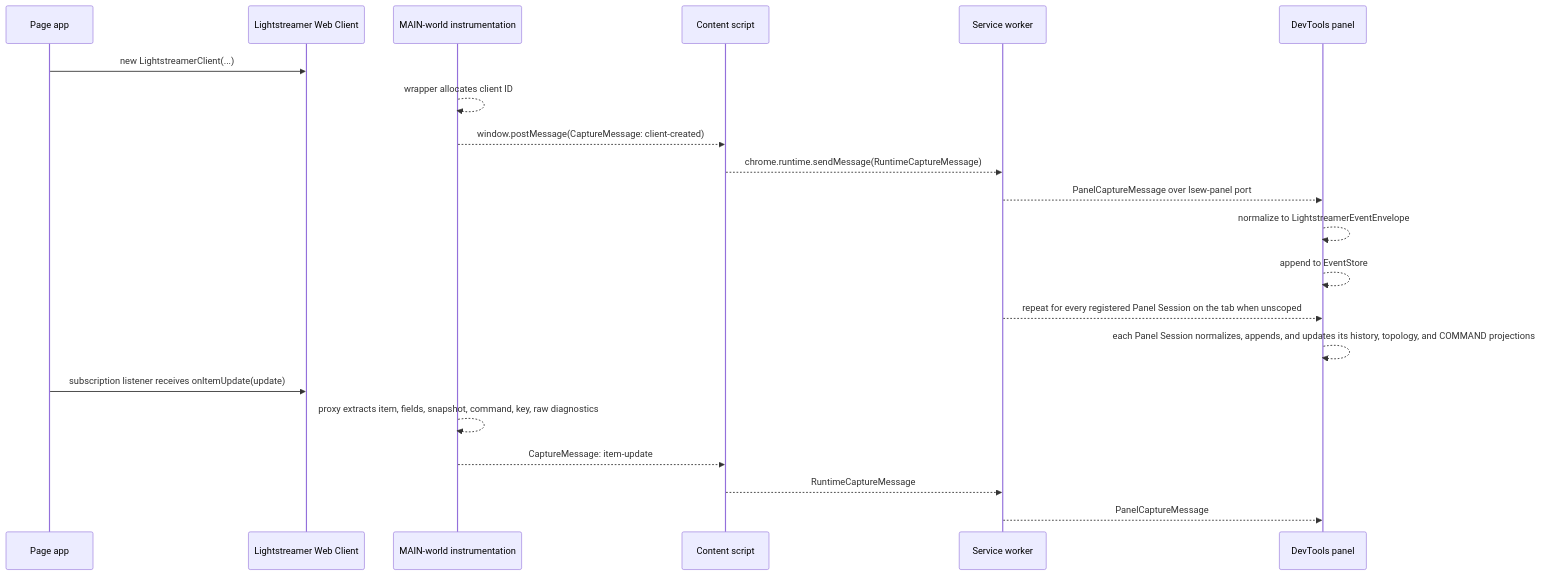
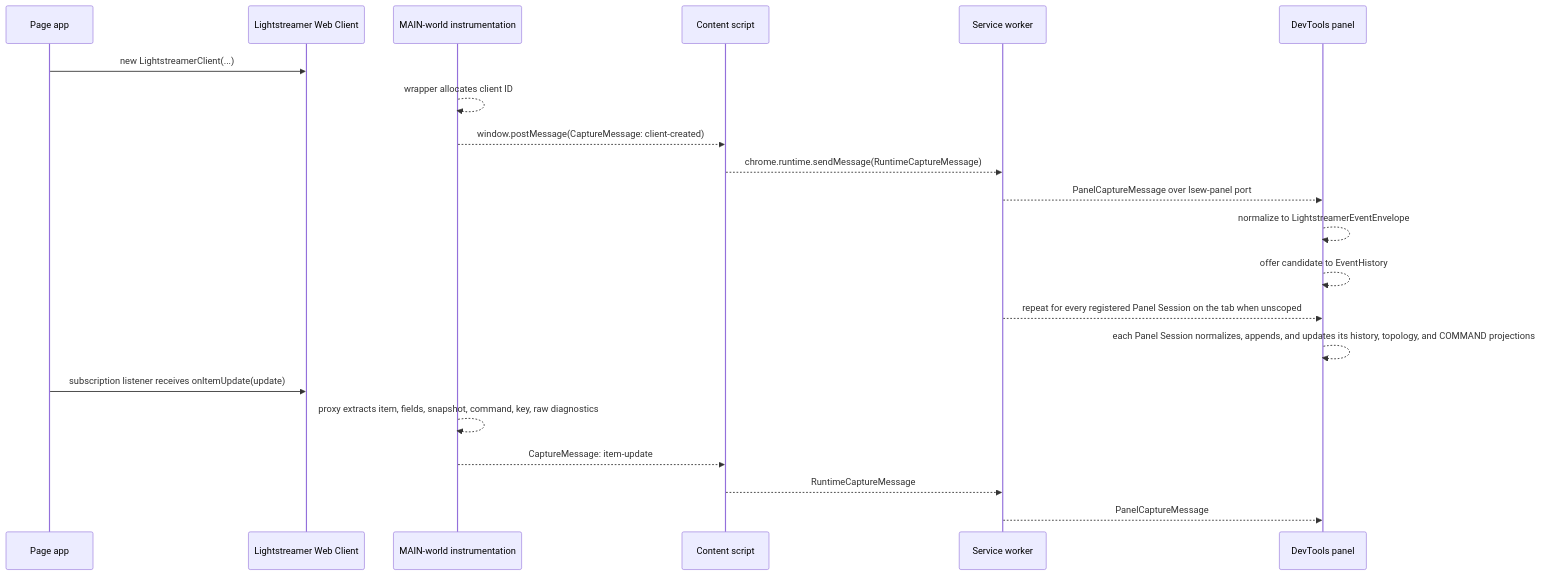
Before and after one commit to imom39a/lightstreamer-workbench-extension: the third of 7 diagrams in docs/ARCHITECTURE.md, drawn with Mermaid. The commit also changed other lines of this file and 10 other files, not shown here.

Commit message:
Contract runtime retention around EventHistory status

````diff
--- a/docs/ARCHITECTURE.md
+++ b/docs/ARCHITECTURE.md
@@ -269,25 +269,25 @@
 ```mermaid
 sequenceDiagram
   participant App as Page app
   participant LS as Lightstreamer Web Client
   participant Inj as MAIN-world instrumentation
   participant CS as Content script
   participant BG as Service worker
   participant UI as DevTools panel
 
   App->>LS: new LightstreamerClient(...)
   Inj-->>Inj: wrapper allocates client ID
   Inj-->>CS: window.postMessage(CaptureMessage: client-created)
   CS-->>BG: chrome.runtime.sendMessage(RuntimeCaptureMessage)
   BG-->>UI: PanelCaptureMessage over lsew-panel port
   UI-->>UI: normalize to LightstreamerEventEnvelope
-  UI-->>UI: append to EventStore
+  UI-->>UI: offer candidate to EventHistory
   BG-->>UI: repeat for every registered Panel Session on the tab when unscoped
   UI-->>UI: each Panel Session normalizes, appends, and updates its history, topology, and COMMAND projections
 
   App->>LS: subscription listener receives onItemUpdate(update)
   Inj-->>Inj: proxy extracts item, fields, snapshot, command, key, raw diagnostics
   Inj-->>CS: CaptureMessage: item-update
   CS-->>BG: RuntimeCaptureMessage
   BG-->>UI: PanelCaptureMessage
 ```
````
